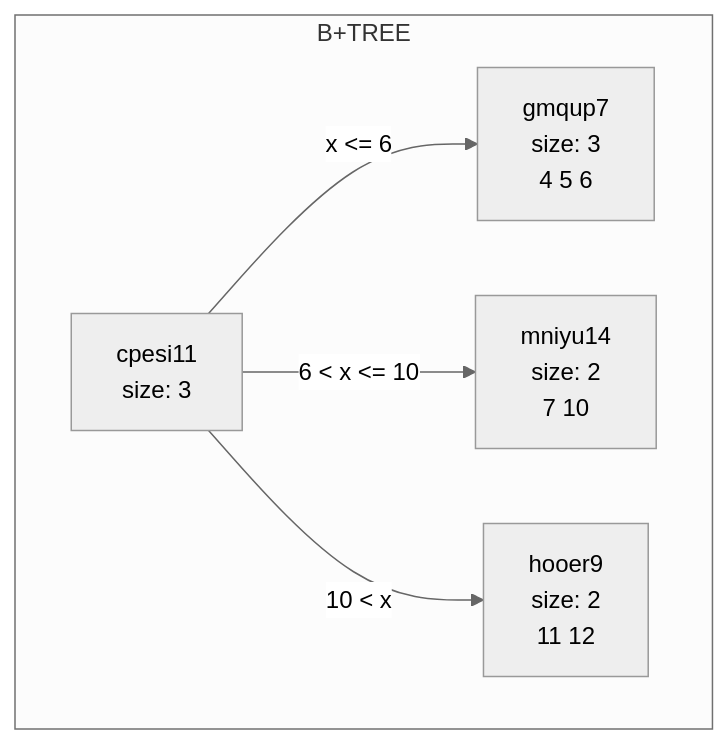
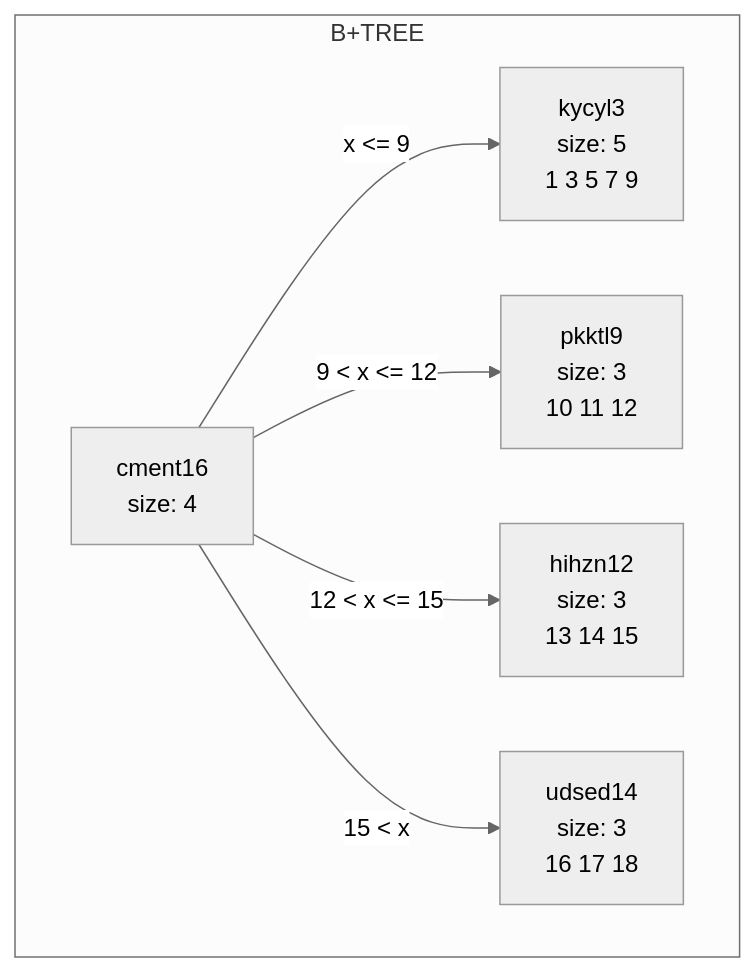
The first of 2 diagrams in data/chart.md (shiridikumar/phase1_dup), drawn with Mermaid (neutral theme) before and after one commit. The commit also changed other lines of this file and 30 other files, not shown here.

````diff
--- a/data/chart.md
+++ b/data/chart.md
@@ -1,12 +1,14 @@
 ```mermaid
 graph TD
 subgraph B+TREE
-cpesi11[cpesi11<br/>size: 3<br/>]
-gmqup7[gmqup7<br/>size: 3<br/>4 5 6 ]
-cpesi11-->|x <= 6|gmqup7
-mniyu14[mniyu14<br/>size: 2<br/>7 10 ]
-cpesi11-->|6 < x <= 10|mniyu14
-hooer9[hooer9<br/>size: 2<br/>11 12 ]
-cpesi11-->|10 < x|hooer9
+cment16[cment16<br/>size: 4<br/>]
+kycyl3[kycyl3<br/>size: 5<br/>1 3 5 7 9 ]
+cment16-->|x <= 9|kycyl3
+pkktl9[pkktl9<br/>size: 3<br/>10 11 12 ]
+cment16-->|9 < x <= 12|pkktl9
+hihzn12[hihzn12<br/>size: 3<br/>13 14 15 ]
+cment16-->|12 < x <= 15|hihzn12
+udsed14[udsed14<br/>size: 3<br/>16 17 18 ]
+cment16-->|15 < x|udsed14
 end
 ```
````
